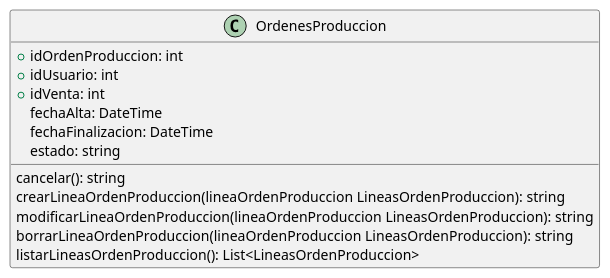
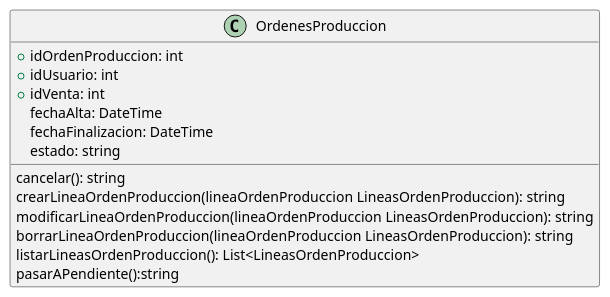
One commit to ZMGestion/DocumentacionZMGestion changed the diagram in DiagramaClases/Clases/OrdenesProduccion.puml. Above: the diagram before and after it, drawn with PlantUML. The commit also changed 5 other files, not shown here.

```diff
--- a/DiagramaClases/Clases/OrdenesProduccion.puml
+++ b/DiagramaClases/Clases/OrdenesProduccion.puml
@@ -1,16 +1,17 @@
 @startuml OrdenesProduccion
 class OrdenesProduccion{
     +idOrdenProduccion: int
     +idUsuario: int
     +idVenta: int
     fechaAlta: DateTime
     fechaFinalizacion: DateTime
     estado: string
 
     cancelar(): string
     crearLineaOrdenProduccion(lineaOrdenProduccion LineasOrdenProduccion): string
     modificarLineaOrdenProduccion(lineaOrdenProduccion LineasOrdenProduccion): string
     borrarLineaOrdenProduccion(lineaOrdenProduccion LineasOrdenProduccion): string
     listarLineasOrdenProduccion(): List<LineasOrdenProduccion>
+    pasarAPendiente():string
 }
 @enduml
```
